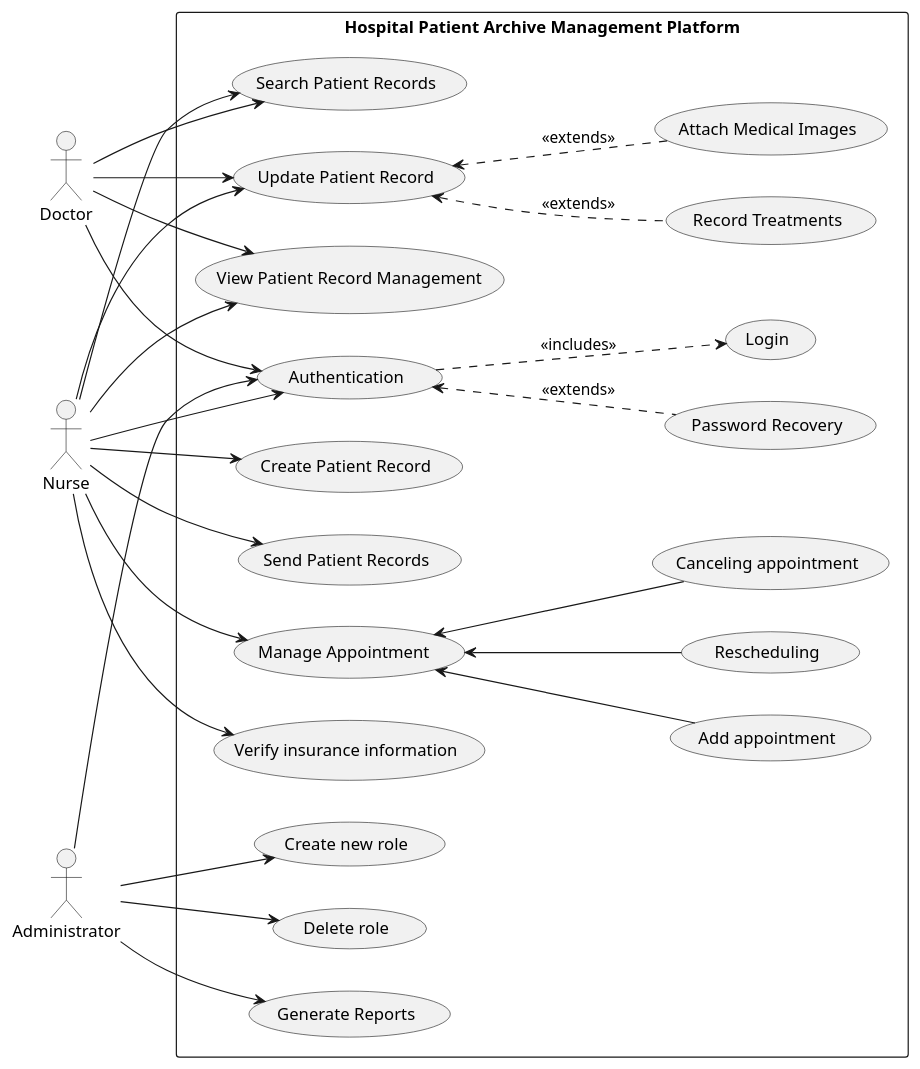
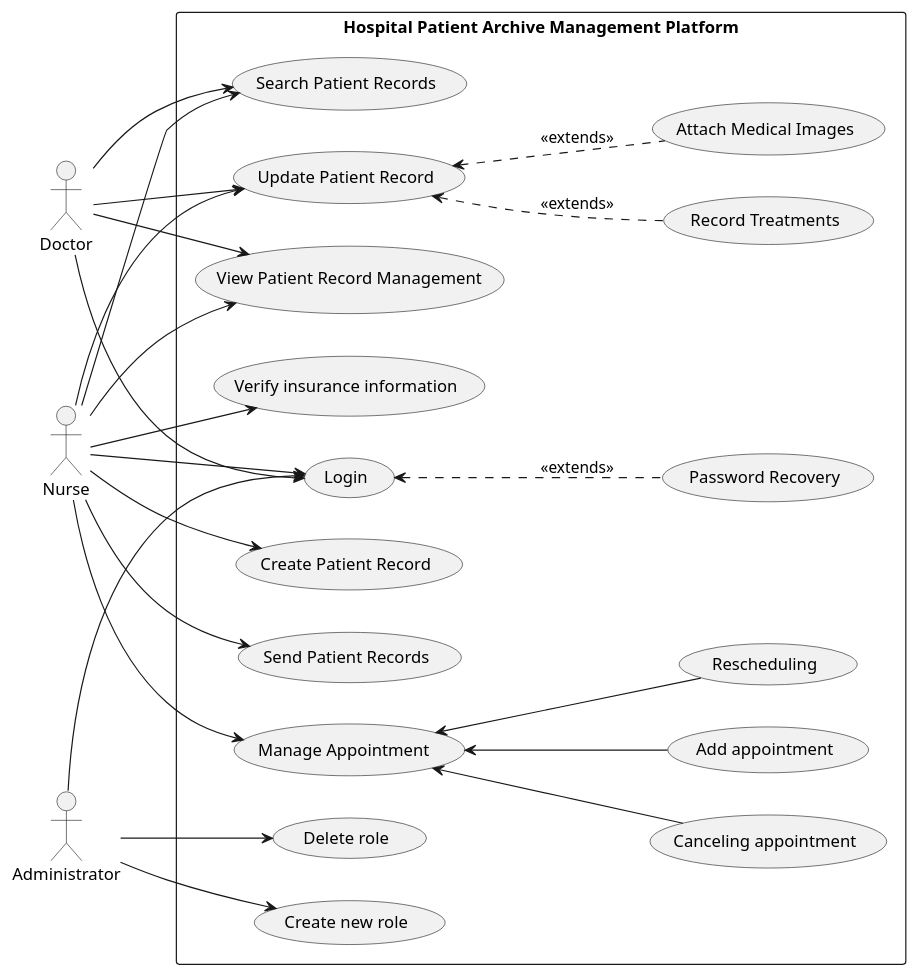
Before and after one commit to Maryem-bencharke/SE_Project: the diagram in useCase.pu, drawn with PlantUML. The commit also changed 7 other files, not shown here.

```diff
--- a/useCase.pu
+++ b/useCase.pu
@@ -1,65 +1,60 @@
 @startuml
 left to right direction
 
 actor "Doctor" as Doctor
 actor "Nurse" as Nurse
 actor "Administrator" as Administrator
 rectangle "Hospital Patient Archive Management Platform" {
     usecase "View Patient Record Management" as ViewRecords
     usecase "Search Patient Records" as SearchRecords
     usecase "Create Patient Record" as CreateRecord
     usecase "Update Patient Record" as UpdateRecord
     usecase "Attach Medical Images" as AttachImages
     usecase "Send Patient Records" as SendRecord
     usecase "Record Treatments" as RecordTreatments
     usecase "Create new role" as CreateRole
     usecase "Delete role" as DeleteRole
     usecase "Manage Appointment " as AppointmentManagement
     usecase "Add appointment" as AddAppointment
     usecase "Rescheduling" as Rescheduling
     usecase "Canceling appointment" as CancelingAppointment
     usecase "Verify insurance information" as VerifyInsurance
-    usecase "Generate Reports" as GenerateReports
-    usecase "Login" as Login
-    usecase "Authentication" as Authentication
     usecase "Login" as Login
     usecase "Password Recovery" as PasswordRecovery
 
 }
 
 Nurse --> CreateRecord
 
 Nurse --> AppointmentManagement
 
 AppointmentManagement <-- AddAppointment 
 AppointmentManagement <-- CancelingAppointment 
 AppointmentManagement <-- Rescheduling  
 
 Nurse -->  VerifyInsurance
 
 Doctor --> SearchRecords
 Nurse --> SearchRecords
 
 Doctor --> UpdateRecord
 Nurse --> UpdateRecord
 
 Doctor --> ViewRecords
 Nurse --> ViewRecords
 
 UpdateRecord <.. AttachImages : <<extends>>
 UpdateRecord <.. RecordTreatments: <<extends>>
 
 Nurse --> SendRecord
-Administrator --> GenerateReports
 
-Nurse --> Authentication
-Doctor --> Authentication
-Administrator --> Authentication
+Nurse --> Login
+Doctor --> Login
+Administrator --> Login
 
-Authentication ..> Login : <<includes>>
-Authentication <.. PasswordRecovery:  <<extends>>
+Login <.. PasswordRecovery:  <<extends>>
 
 Administrator --> CreateRole
 Administrator --> DeleteRole
 
 @enduml
```
